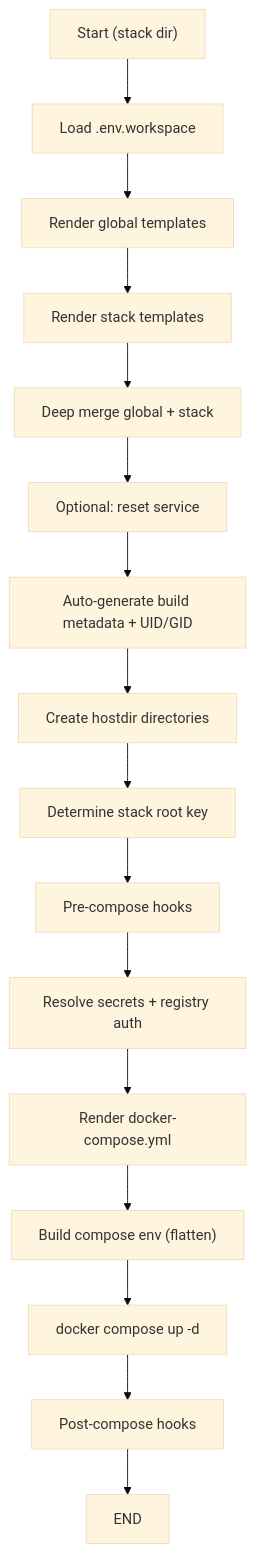
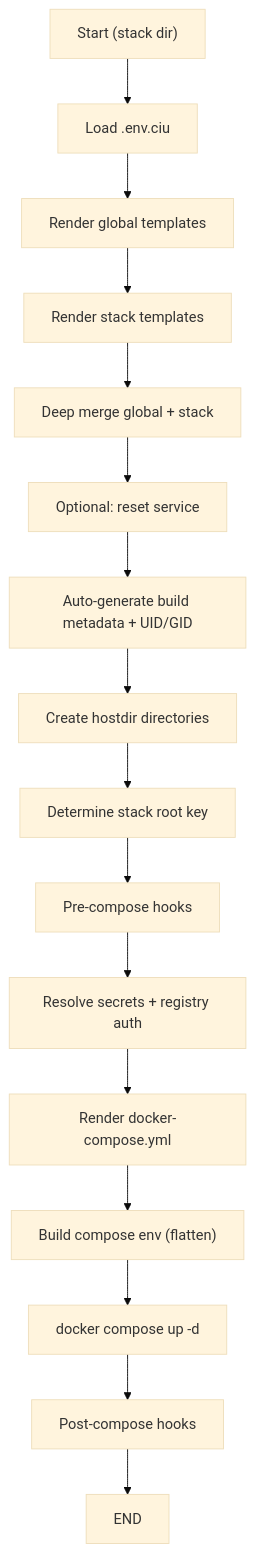
The first of 2 diagrams in ciu/docs/CIU.md (volkb79/vbpub), drawn with Mermaid (base theme) before and after one commit. The commit also changed other lines of this file and 56 other files, not shown here.

````diff
--- a/ciu/docs/CIU.md
+++ b/ciu/docs/CIU.md
@@ -37,18 +99,18 @@
 ```mermaid
 flowchart TD
-    A["Start (stack dir)"] --> B["Load .env.workspace"]
+   A["Start (stack dir)"] --> B["Load .env.ciu"]
     B --> C["Render global templates" ]
     C --> D["Render stack templates" ]
     D --> E["Deep merge global + stack" ]
     E --> F["Optional: reset service" ]
     F --> G["Auto-generate build metadata + UID/GID" ]
     G --> H["Create hostdir directories" ]
     H --> I["Determine stack root key" ]
     I --> J["Pre-compose hooks" ]
     J --> K["Resolve secrets + registry auth" ]
     K --> L["Render docker-compose.yml" ]
     L --> M["Build compose env (flatten)" ]
     M --> N["docker compose up -d" ]
     N --> O["Post-compose hooks" ]
     O --> P["END" ]
 ```
````
